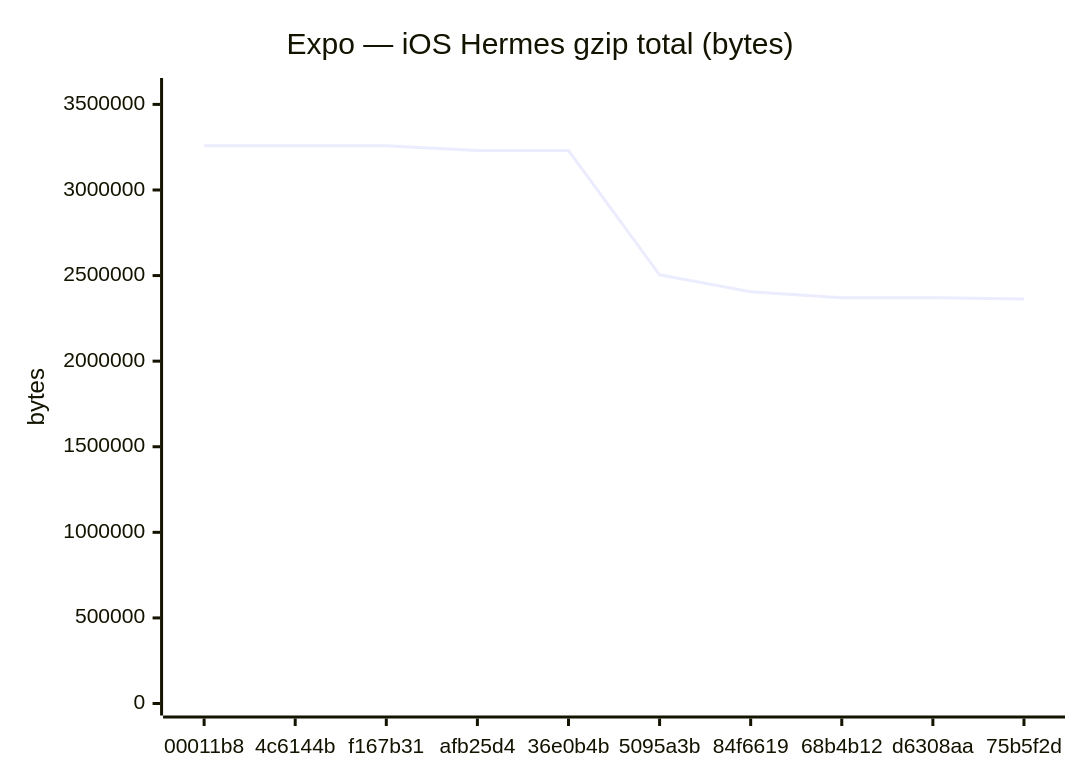
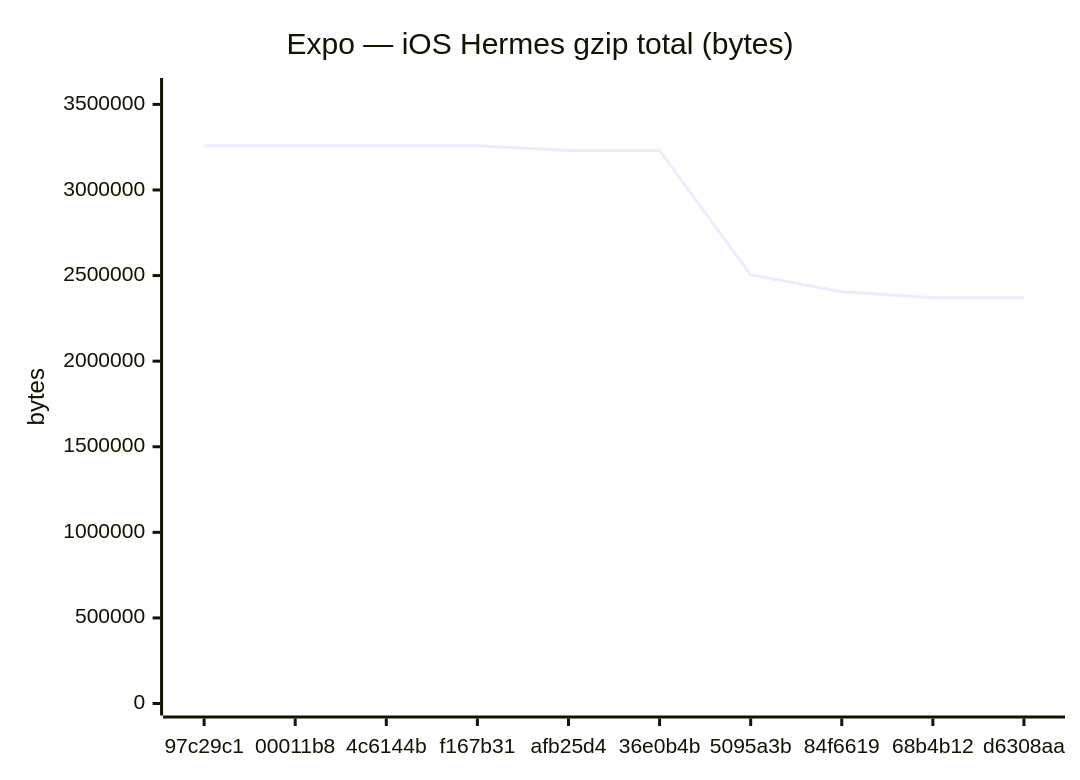
The sixth of 18 diagrams in benchmarks/compare.md (Metaheurist/Rianell), drawn with Mermaid before and after one commit. The commit also changed other lines of this file and 11 other files, not shown here.

````diff
--- a/benchmarks/compare.md
+++ b/benchmarks/compare.md
@@ -96,7 +96,7 @@
 ```mermaid
 xychart-beta
     title "Expo — iOS Hermes gzip total (bytes)"
-    x-axis ["00011b8", "4c6144b", "f167b31", "afb25d4", "36e0b4b", "5095a3b", "84f6619", "68b4b12", "d6308aa", "75b5f2d"]
+    x-axis ["97c29c1", "00011b8", "4c6144b", "f167b31", "afb25d4", "36e0b4b", "5095a3b", "84f6619", "68b4b12", "d6308aa"]
     y-axis "bytes" 0 --> 3584104
-    line [3258276, 3258273, 3258270, 3230867, 3230712, 2504401, 2405024, 2370491, 2370493, 2363429]
+    line [3258272, 3258276, 3258273, 3258270, 3230867, 3230712, 2504401, 2405024, 2370491, 2370493]
 ```
````
